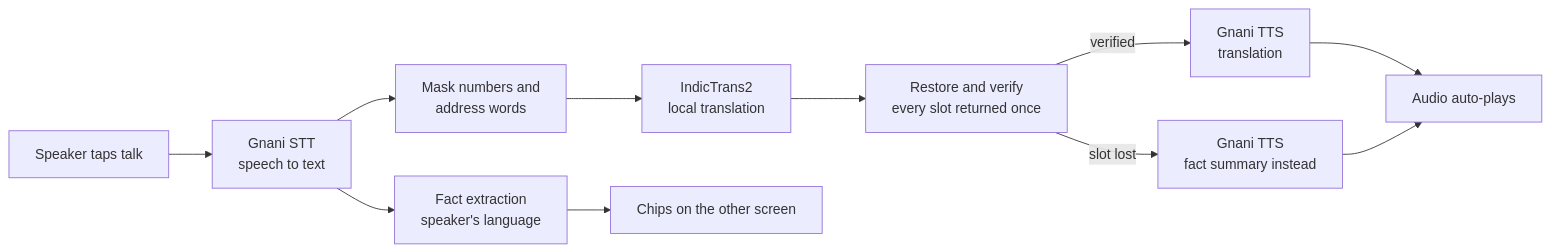
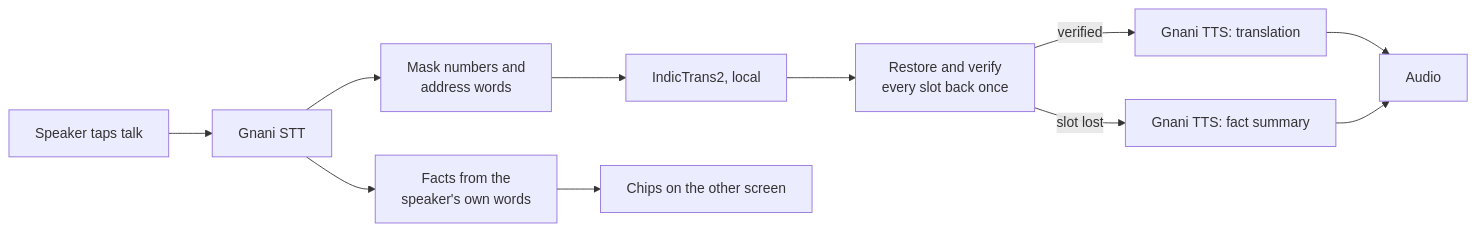
One commit to rahulpaul-07/saathi changed the diagram in README.md. Above: the diagram before and after it, drawn with Mermaid. The commit also changed other lines of this file and 7 other files, not shown here.

Commit message:
Add the judge README, licence, architecture, design FAQ and masking results

````diff
--- a/README.md
+++ b/README.md
@@ -34,13 +36,13 @@
 ```mermaid
 flowchart LR
-    A[Speaker taps talk] --> B[Gnani STT<br/>speech to text]
-    B --> C[Fact extraction<br/>speaker's language]
+    A[Speaker taps talk] --> B[Gnani STT]
+    B --> C[Facts from the<br/>speaker's own words]
     B --> D[Mask numbers and<br/>address words]
-    D --> E[IndicTrans2<br/>local translation]
-    E --> F[Restore and verify<br/>every slot returned once]
-    F -->|verified| G[Gnani TTS<br/>translation]
-    F -->|slot lost| H[Gnani TTS<br/>fact summary instead]
+    D --> E[IndicTrans2, local]
+    E --> F[Restore and verify<br/>every slot back once]
+    F -->|verified| G[Gnani TTS: translation]
+    F -->|slot lost| H[Gnani TTS: fact summary]
     C --> I[Chips on the other screen]
-    G --> J[Audio auto-plays]
+    G --> J[Audio]
     H --> J
 ```
````
